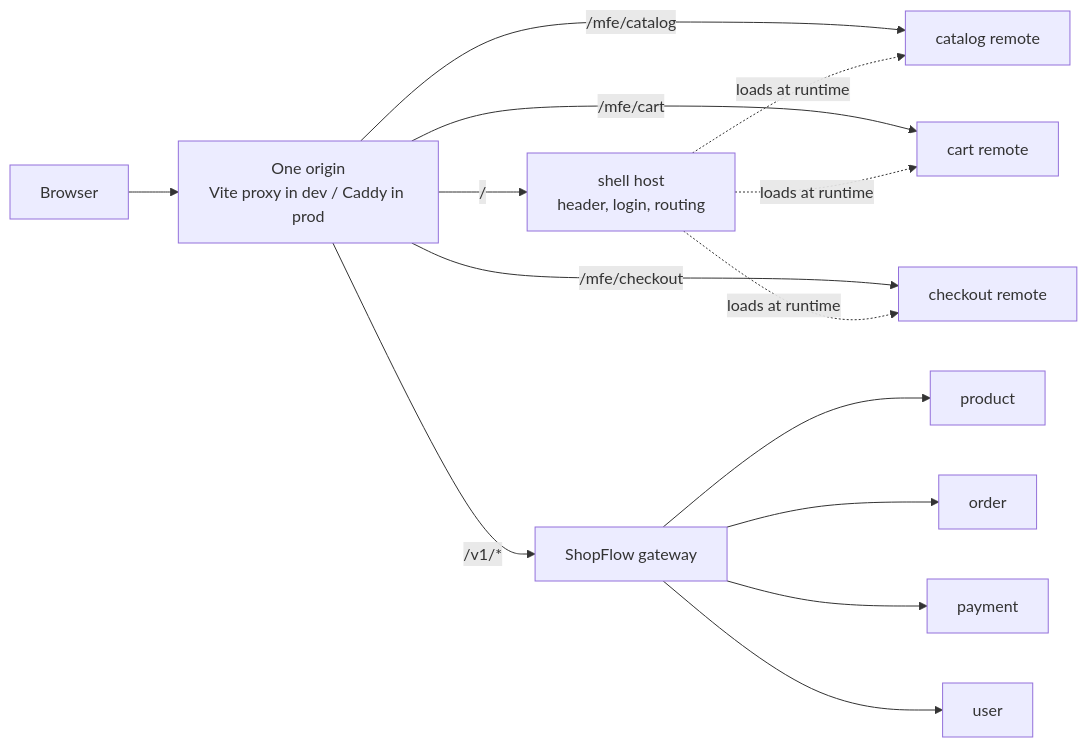
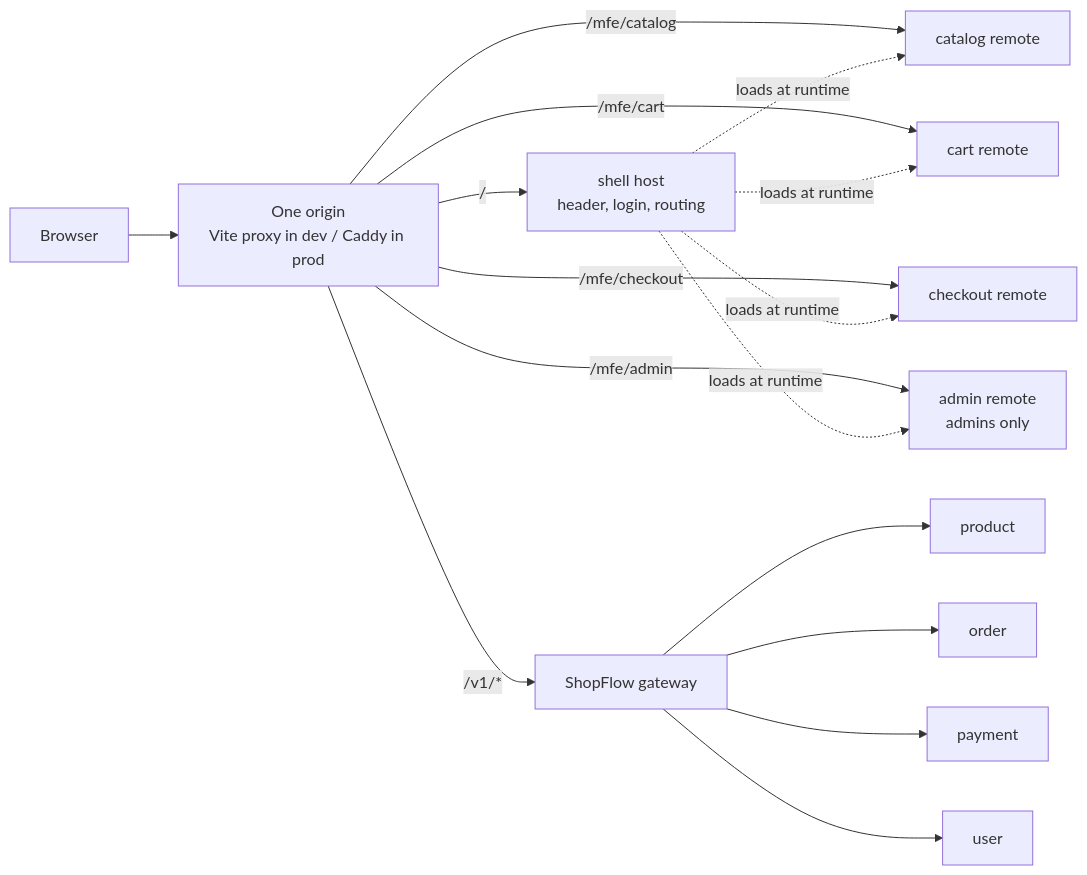
The diagram in README.md (niravparmar197/shopflow-frontend), drawn with Mermaid before and after one commit. The commit also changed other lines of this file and 35 other files, not shown here.

````diff
--- a/README.md
+++ b/README.md
@@ -9,11 +9,12 @@
 ```mermaid
 flowchart LR
   B[Browser] --> E[One origin<br/>Vite proxy in dev / Caddy in prod]
   E -->|/| S[shell host<br/>header, login, routing]
   E -->|/mfe/catalog| C[catalog remote]
   E -->|/mfe/cart| CA[cart remote]
   E -->|/mfe/checkout| CH[checkout remote]
+  E -->|/mfe/admin| AD[admin remote<br/>admins only]
   E -->|/v1/*| G[ShopFlow gateway]
-  S -. loads at runtime .-> C & CA & CH
+  S -. loads at runtime .-> C & CA & CH & AD
   G --> P[product] & O[order] & PAY[payment] & U[user]
 ```
````
